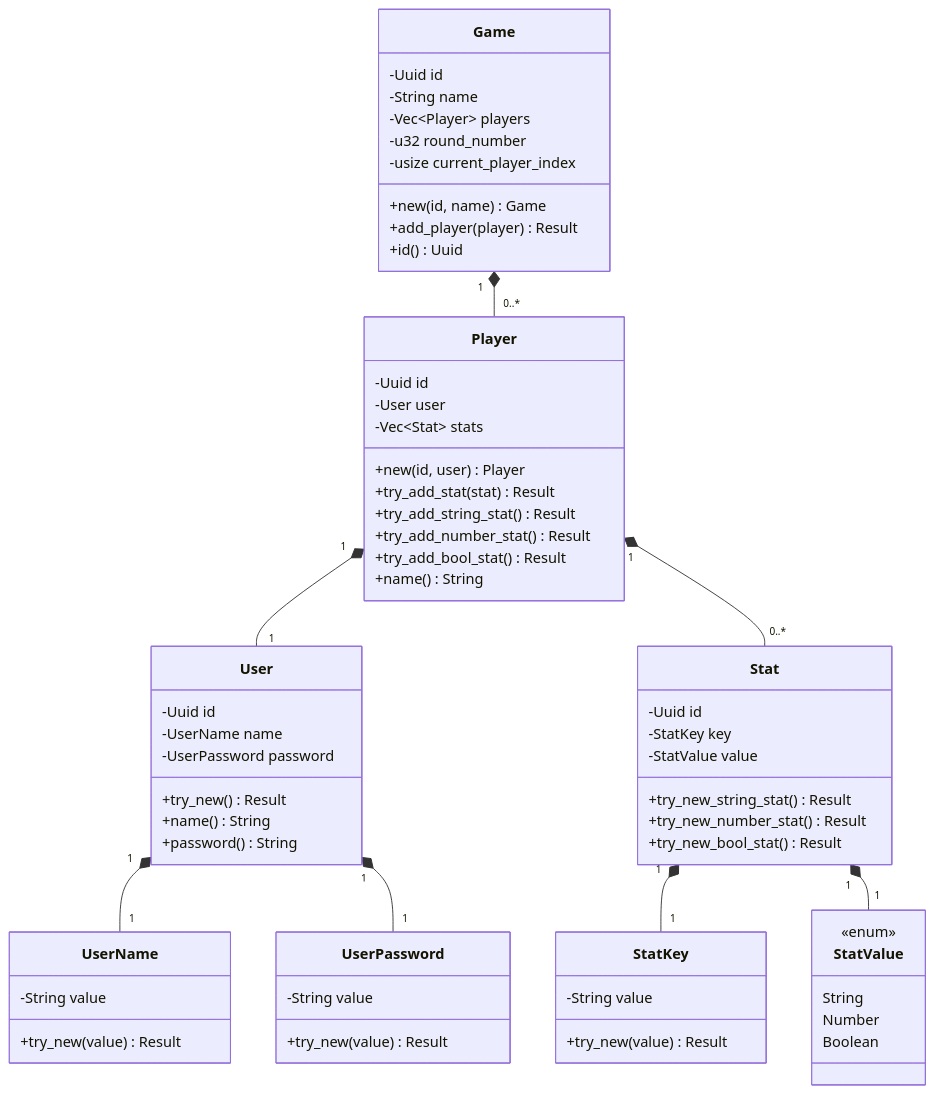
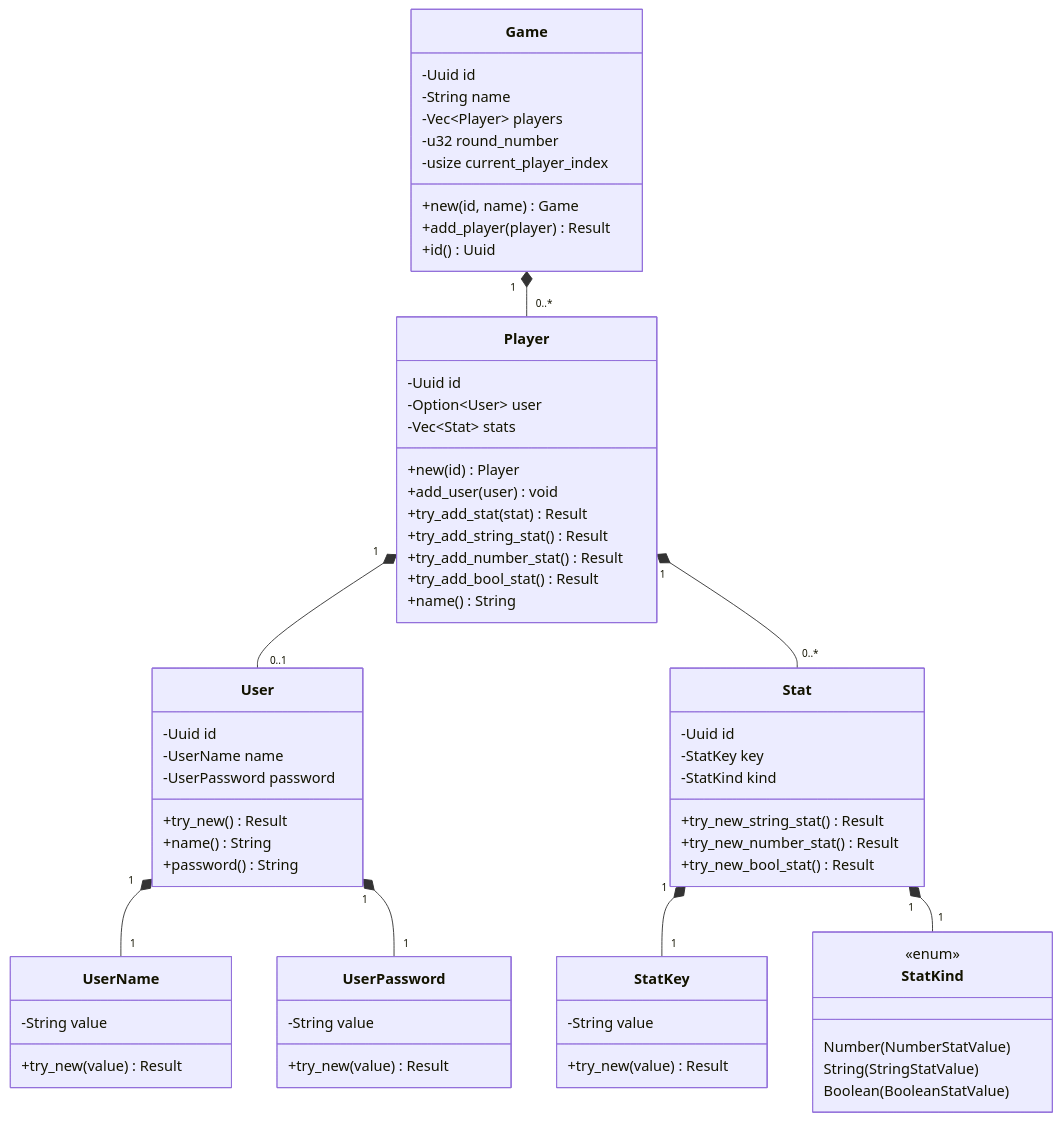
One commit to jakob-rzeppa/turnkeeper changed the second of 13 diagrams in backend/ARCHITECTURE.md. Above: the diagram before and after it, drawn with Mermaid. The commit also changed other lines of this file and 4 other files, not shown here.

````diff
--- a/backend/ARCHITECTURE.md
+++ b/backend/ARCHITECTURE.md
@@ -47,73 +48,74 @@
 ```mermaid
 classDiagram
     class Game {
         -Uuid id
         -String name
         -Vec~Player~ players
         -u32 round_number
         -usize current_player_index
         +new(id, name) Game
         +add_player(player) Result
         +id() Uuid
     }
-    
+
     class Player {
         -Uuid id
-        -User user
+        -Option~User~ user
         -Vec~Stat~ stats
-        +new(id, user) Player
+        +new(id) Player
+        +add_user(user) void
         +try_add_stat(stat) Result
         +try_add_string_stat() Result
         +try_add_number_stat() Result
         +try_add_bool_stat() Result
         +name() String
     }
-    
+
     class User {
         -Uuid id
         -UserName name
         -UserPassword password
         +try_new() Result
         +name() String
         +password() String
     }
-    
+
     class Stat {
         -Uuid id
         -StatKey key
-        -StatValue value
+        -StatKind kind
         +try_new_string_stat() Result
         +try_new_number_stat() Result
         +try_new_bool_stat() Result
     }
-    
+
     class StatKey {
         -String value
         +try_new(value) Result
     }
-    
-    class StatValue {
+
+    class StatKind {
         <<enum>>
-        String
-        Number
-        Boolean
+        Number(NumberStatValue)
+        String(StringStatValue)
+        Boolean(BooleanStatValue)
     }
-    
+
     class UserName {
         -String value
         +try_new(value) Result
     }
-    
+
     class UserPassword {
         -String value
         +try_new(value) Result
     }
-    
+
     Game "1" *-- "0..*" Player
-    Player "1" *-- "1" User
+    Player "1" *-- "0..1" User
     Player "1" *-- "0..*" Stat
     Stat "1" *-- "1" StatKey
-    Stat "1" *-- "1" StatValue
+    Stat "1" *-- "1" StatKind
     User "1" *-- "1" UserName
     User "1" *-- "1" UserPassword
 ```
````
